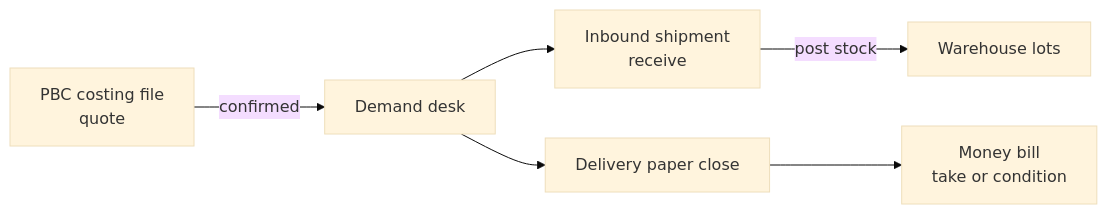
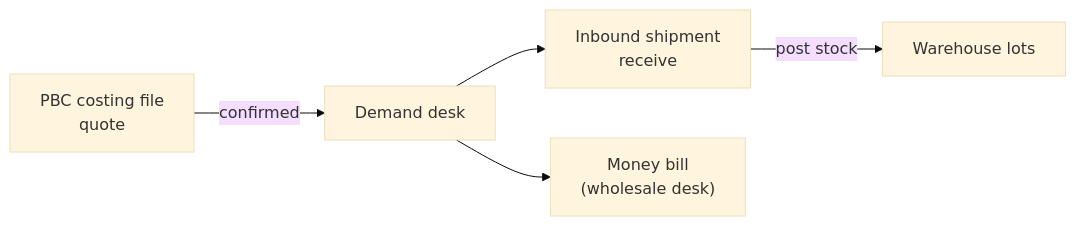
Before and after one commit to david-git-2/brandwala-wholesale-quasar-v2: the diagram in web/src/modules/docs/content/md/module-pbc.md, drawn with Mermaid (base theme). The commit also changed other lines of this file and 117 other files, not shown here.

````diff
--- a/web/src/modules/docs/content/md/module-pbc.md
+++ b/web/src/modules/docs/content/md/module-pbc.md
@@ -36,15 +35,13 @@
 ```mermaid
 flowchart LR
   PBC["PBC costing file\nquote"]
   DEM["Demand desk"]
   INB["Inbound shipment\nreceive"]
   WH["Warehouse lots"]
-  DEL["Delivery paper close"]
-  MON["Money bill\ntake or condition"]
+  MON["Money bill\n(wholesale desk)"]
 
   PBC -->|"confirmed"| DEM
   DEM --> INB
   INB -->|"post stock"| WH
-  DEM --> DEL
-  DEL --> MON
+  DEM --> MON
 ```
````
